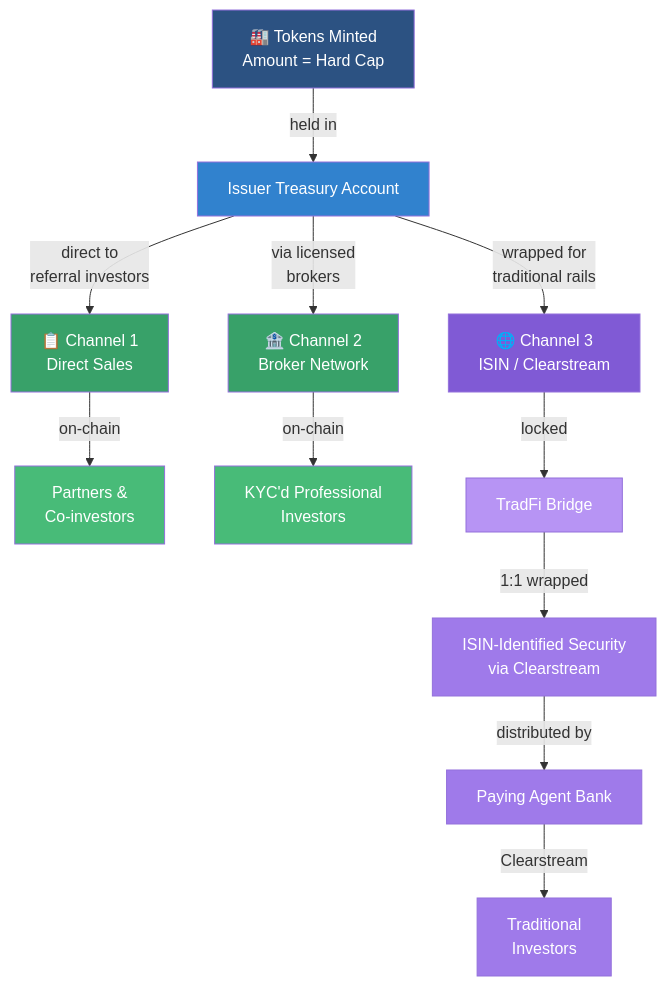
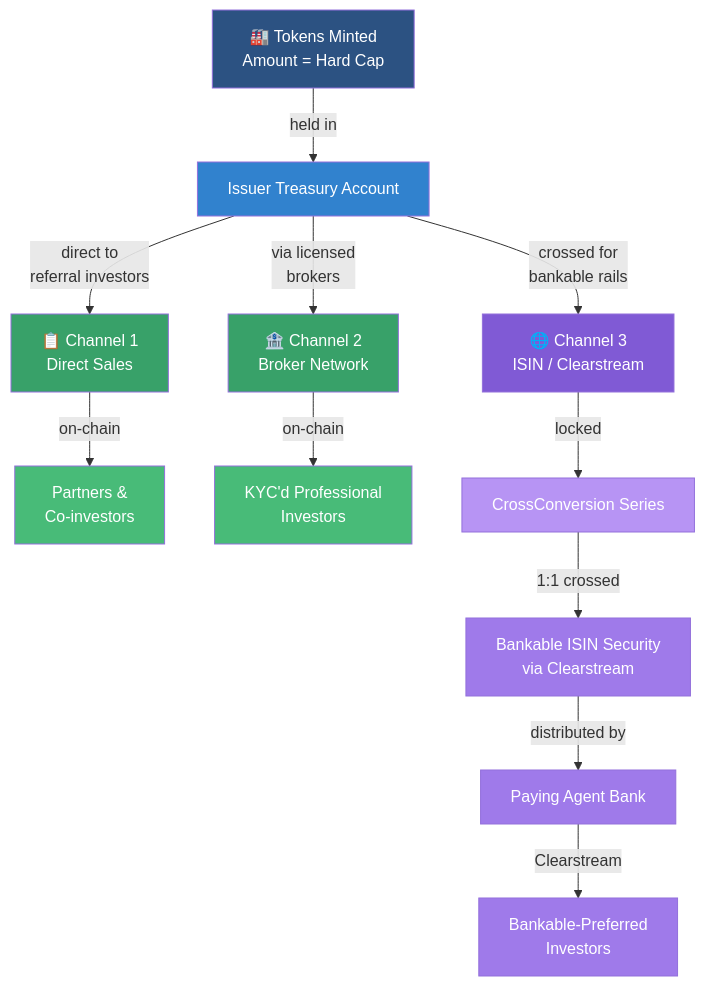
Before and after one commit to hrbrlife/sailsto_website: the fourth of 9 diagrams in hugo-site/content/whatsails.md, drawn with Mermaid. The commit also changed other lines of this file and 34 other files, not shown here.

```diff
--- a/hugo-site/content/whatsails.md
+++ b/hugo-site/content/whatsails.md
@@ -451,24 +453,24 @@
         <div class="mermaid">
         flowchart TD
             MINT[🏭 Tokens Minted<br/>Amount = Hard Cap] -->|held in| TREASURY[Issuer Treasury Account]
             TREASURY -->|direct to<br/>referral investors| CH1[📋 Channel 1<br/>Direct Sales]
             TREASURY -->|via licensed<br/>brokers| CH2[🏦 Channel 2<br/>Broker Network]
-            TREASURY -->|wrapped for<br/>traditional rails| CH3[🌐 Channel 3<br/>ISIN / Clearstream]
+            TREASURY -->|crossed for<br/>bankable rails| CH3[🌐 Channel 3<br/>ISIN / Clearstream]
             CH1 -->|on-chain| INV1[Partners &<br/>Co-investors]
             CH2 -->|on-chain| INV2[KYC'd Professional<br/>Investors]
-            CH3 -->|locked| WRAP[TradFi Bridge]
-            WRAP -->|1:1 wrapped| ISIN[ISIN-Identified Security<br/>via Clearstream]
+            CH3 -->|locked| WRAP[CrossConversion Series]
+            WRAP -->|1:1 crossed| ISIN[Bankable ISIN Security<br/>via Clearstream]
             ISIN -->|distributed by| BANK[Paying Agent Bank]
-            BANK -->|Clearstream| INV3[Traditional<br/>Investors]
+            BANK -->|Clearstream| INV3[Bankable-Preferred<br/>Investors]
             style MINT fill:#2c5282,color:#fff
             style TREASURY fill:#3182ce,color:#fff
             style CH1 fill:#38a169,color:#fff
             style CH2 fill:#38a169,color:#fff
             style CH3 fill:#805ad5,color:#fff
             style INV1 fill:#48bb78,color:#fff
             style INV2 fill:#48bb78,color:#fff
             style INV3 fill:#9f7aea,color:#fff
             style WRAP fill:#b794f4,color:#fff
             style ISIN fill:#9f7aea,color:#fff
             style BANK fill:#9f7aea,color:#fff
         </div>
```
